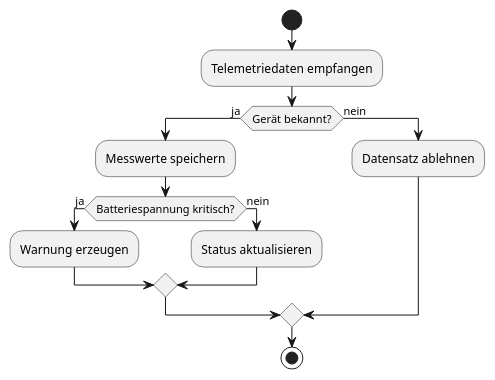
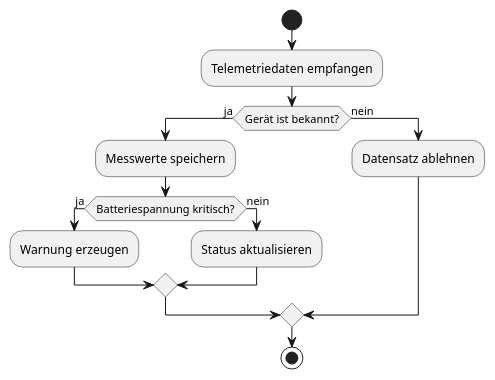
The diagram in docs/diagrams/activity.puml (MarcelVSHNS/CampusApp), drawn with PlantUML before and after one commit.

```diff
--- a/docs/diagrams/activity.puml
+++ b/docs/diagrams/activity.puml
@@ -1,22 +1,22 @@
 @startuml
 
 start
 
 :Telemetriedaten empfangen;
 
-if (Gerät bekannt?) then (ja)
+if (Gerät ist bekannt?) then (ja)
     :Messwerte speichern;
 
     if (Batteriespannung kritisch?) then (ja)
         :Warnung erzeugen;
     else (nein)
         :Status aktualisieren;
     endif
 
 else (nein)
     :Datensatz ablehnen;
 endif
 
 stop
 
 @enduml
```
